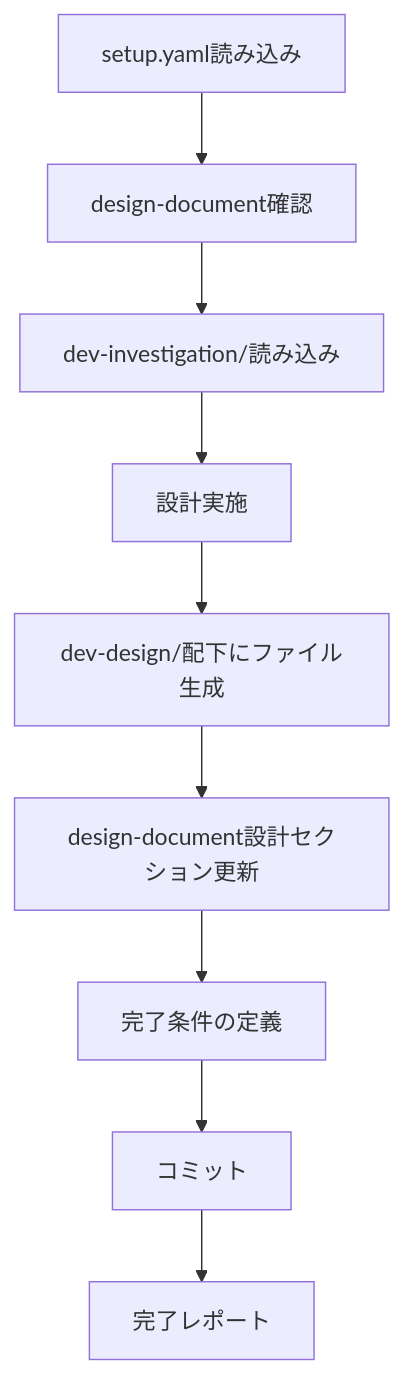
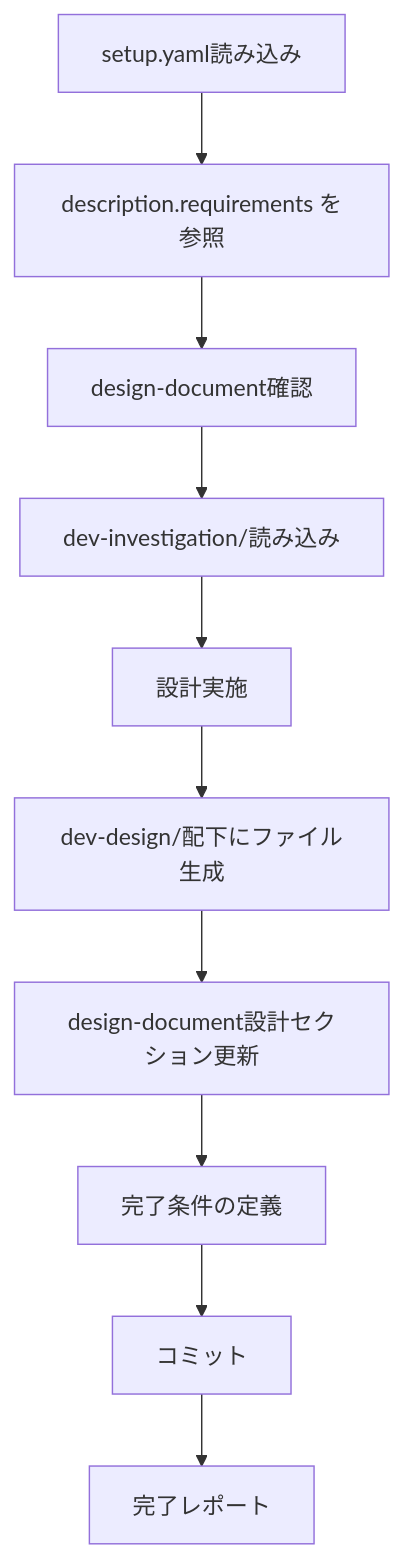
The first of 3 diagrams in .claude/skills/development/dev-design/SKILL.md (NagasakaH/dev-process), drawn with Mermaid before and after one commit. The commit also changed other lines of this file and 8 other files, not shown here.

````diff
--- a/.claude/skills/development/dev-design/SKILL.md
+++ b/.claude/skills/development/dev-design/SKILL.md
@@ -55,11 +75,12 @@
 ```mermaid
 flowchart TD
-    A[setup.yaml読み込み] --> B[design-document確認]
-    B --> C[dev-investigation/読み込み]
-    C --> D[設計実施]
-    D --> E[dev-design/配下にファイル生成]
-    E --> F[design-document設計セクション更新]
-    F --> G[完了条件の定義]
-    G --> H[コミット]
-    H --> I[完了レポート]
+    A[setup.yaml読み込み] --> B[description.requirements を参照]
+    B --> C[design-document確認]
+    C --> D[dev-investigation/読み込み]
+    D --> E[設計実施]
+    E --> F[dev-design/配下にファイル生成]
+    F --> G[design-document設計セクション更新]
+    G --> H[完了条件の定義]
+    H --> I[コミット]
+    I --> J[完了レポート]
 ```
````
